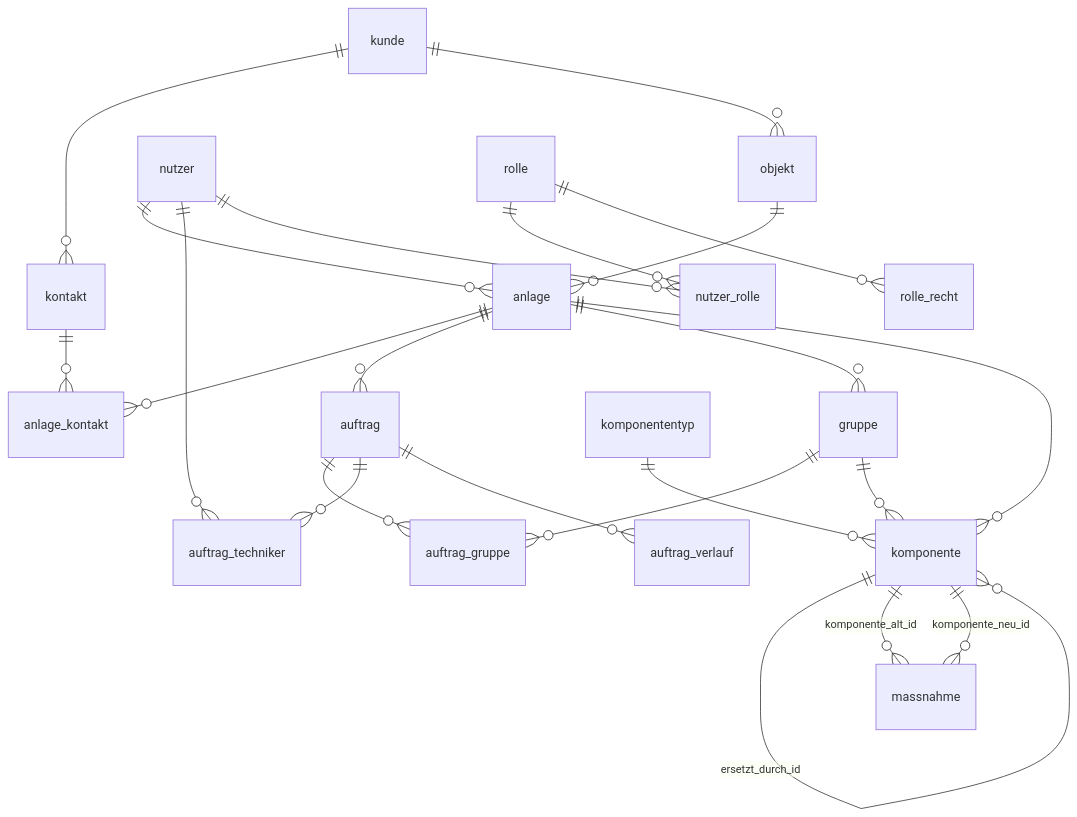
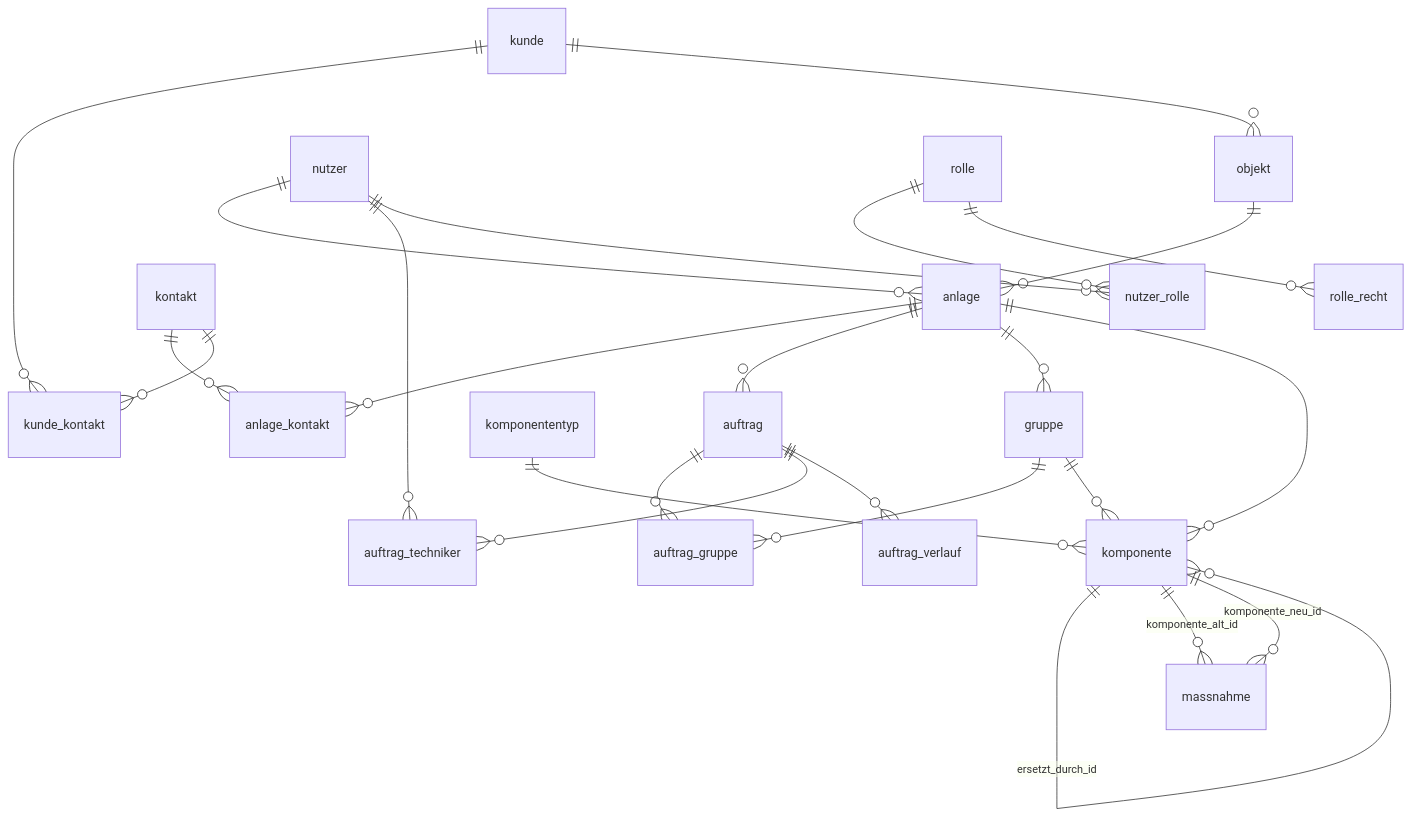
The second of 4 diagrams in docs/00-ueberblick.md (staubi0815/pgh-wartung), drawn with Mermaid before and after one commit. The commit also changed 18 other files, not shown here.

````diff
--- a/docs/00-ueberblick.md
+++ b/docs/00-ueberblick.md
@@ -60,26 +60,27 @@
 ```mermaid
 erDiagram
     objekt ||--o{ anlage : ""
     nutzer ||--o{ anlage : ""
     anlage ||--o{ anlage_kontakt : ""
     kontakt ||--o{ anlage_kontakt : ""
     anlage ||--o{ auftrag : ""
     auftrag ||--o{ auftrag_gruppe : ""
     gruppe ||--o{ auftrag_gruppe : ""
     auftrag ||--o{ auftrag_techniker : ""
     nutzer ||--o{ auftrag_techniker : ""
     auftrag ||--o{ auftrag_verlauf : ""
     anlage ||--o{ gruppe : ""
     anlage ||--o{ komponente : ""
     komponente ||--o{ komponente : "eltern_id"
     komponente ||--o{ komponente : "ersetzt_durch_id"
     gruppe ||--o{ komponente : ""
     komponententyp ||--o{ komponente : ""
-    kunde ||--o{ kontakt : ""
+    kontakt ||--o{ kunde_kontakt : ""
+    kunde ||--o{ kunde_kontakt : ""
     komponente ||--o{ massnahme : "komponente_alt_id"
     komponente ||--o{ massnahme : "komponente_neu_id"
     nutzer ||--o{ nutzer_rolle : ""
     rolle ||--o{ nutzer_rolle : ""
     kunde ||--o{ objekt : ""
     rolle ||--o{ rolle_recht : ""
 ```
````
